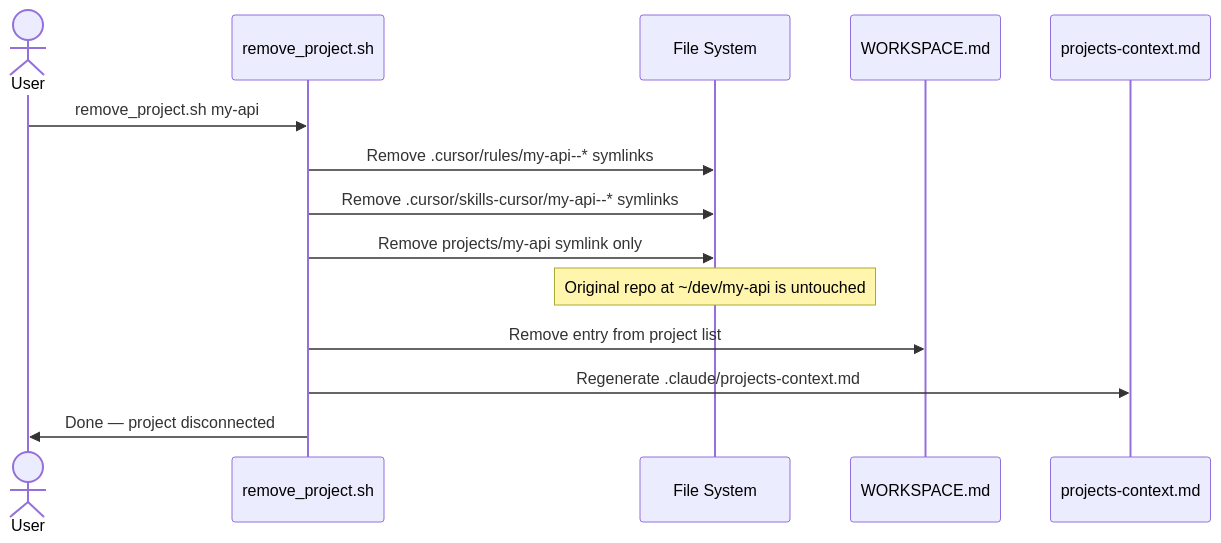
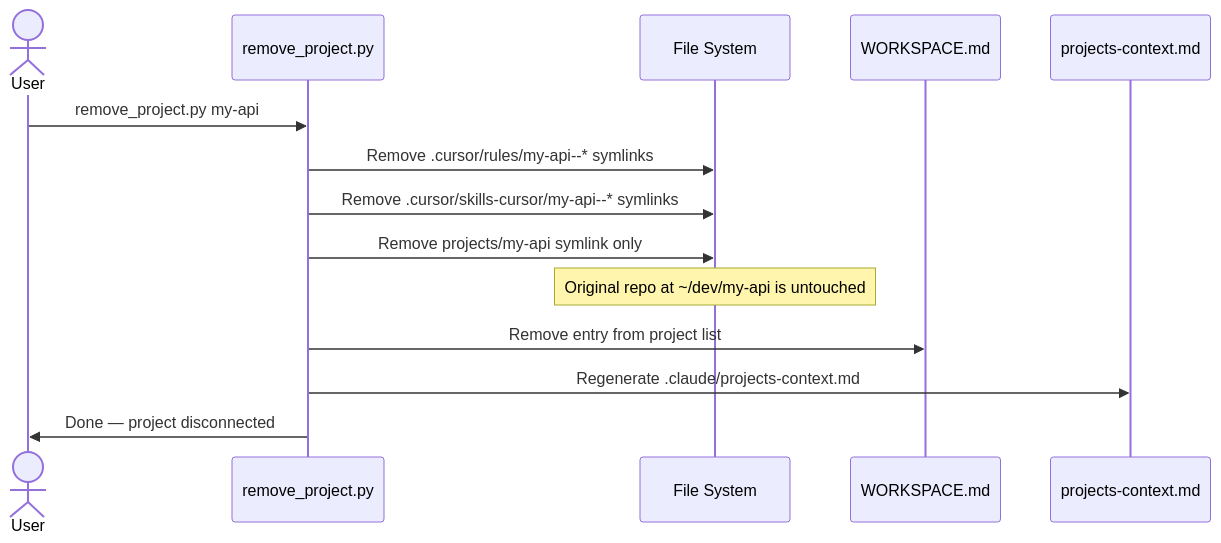
One commit to samartined/mAIcelium changed the third of 4 diagrams in docs/architecture.md. Above: the diagram before and after it, drawn with Mermaid. The commit also changed other lines of this file and 25 other files, not shown here.

````diff
--- a/docs/architecture.md
+++ b/docs/architecture.md
@@ -143,17 +143,17 @@
 ```mermaid
 sequenceDiagram
     actor User
-    participant Script as remove_project.sh
+    participant Script as remove_project.py
     participant FS as File System
     participant WS as WORKSPACE.md
     participant Claude as projects-context.md
 
-    User->>Script: remove_project.sh my-api
+    User->>Script: remove_project.py my-api
     Script->>FS: Remove .cursor/rules/my-api--* symlinks
     Script->>FS: Remove .cursor/skills-cursor/my-api--* symlinks
     Script->>FS: Remove projects/my-api symlink only
     Note over FS: Original repo at ~/dev/my-api is untouched
     Script->>WS: Remove entry from project list
     Script->>Claude: Regenerate .claude/projects-context.md
     Script->>User: Done — project disconnected
 ```
````
